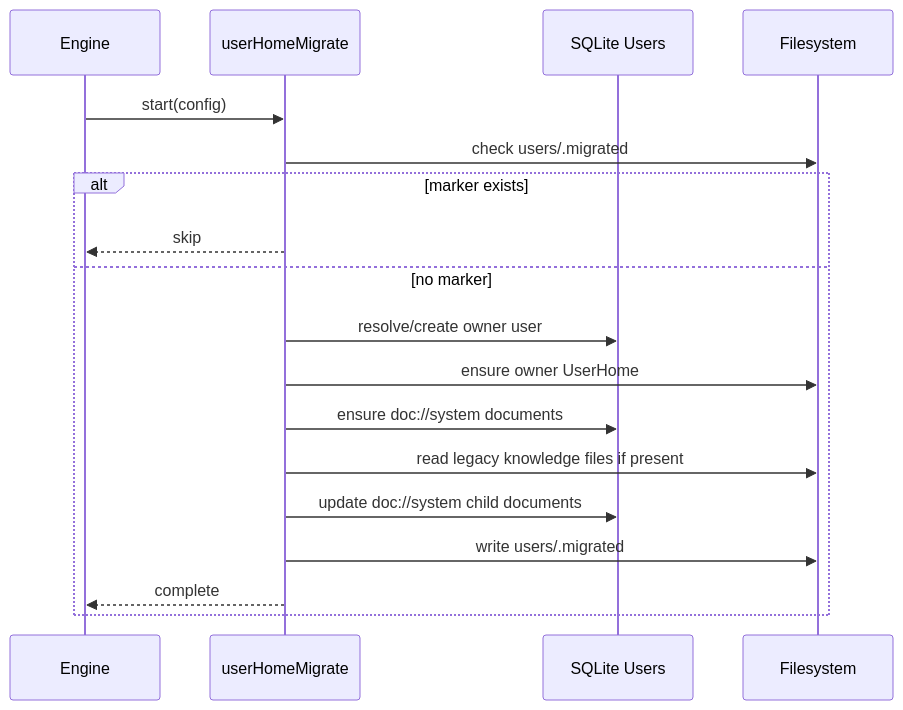
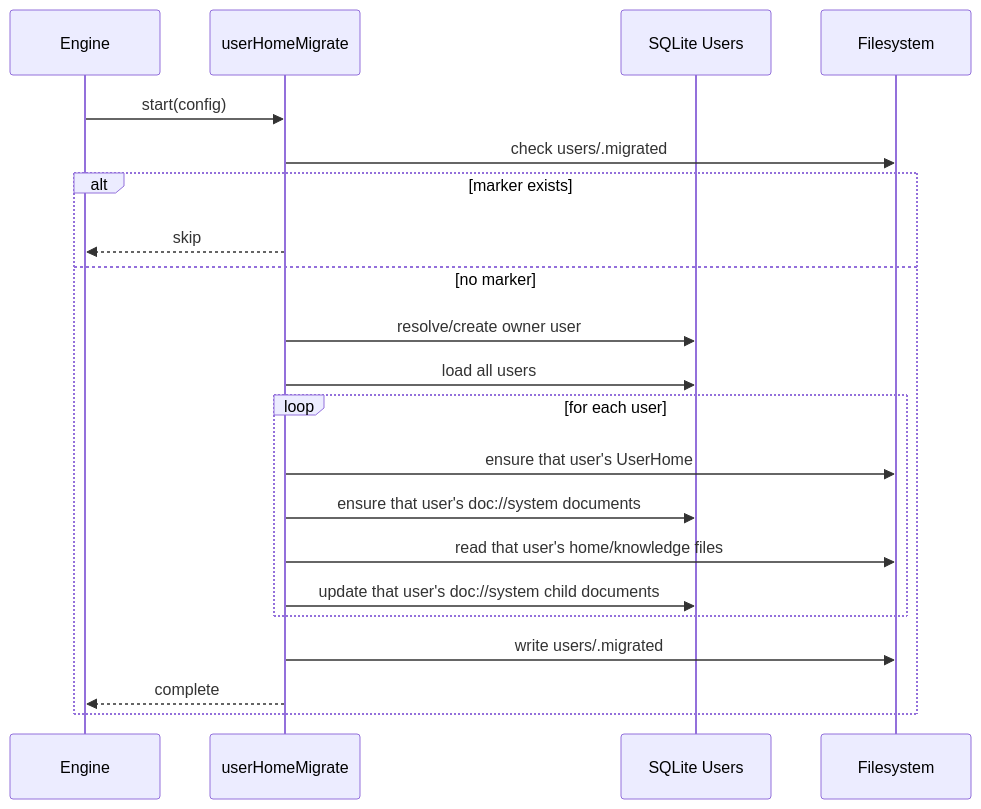
One commit to ex3ndr/daycare changed the second of 2 diagrams in packages/daycare/sources/engine/users/README.md. Above: the diagram before and after it, drawn with Mermaid. The commit also changed other lines of this file and 3 other files, not shown here.

Commit message:
fix(daycare): migrate prompt docs per user

````diff
--- a/packages/daycare/sources/engine/users/README.md
+++ b/packages/daycare/sources/engine/users/README.md
@@ -60,21 +60,24 @@
 ```mermaid
 sequenceDiagram
     participant Engine
     participant Migrate as userHomeMigrate
     participant DB as SQLite Users
     participant FS as Filesystem
 
     Engine->>Migrate: start(config)
     Migrate->>FS: check users/.migrated
     alt marker exists
         Migrate-->>Engine: skip
     else no marker
         Migrate->>DB: resolve/create owner user
-        Migrate->>FS: ensure owner UserHome
-        Migrate->>DB: ensure doc://system documents
-        Migrate->>FS: read legacy knowledge files if present
-        Migrate->>DB: update doc://system child documents
+        Migrate->>DB: load all users
+        loop for each user
+            Migrate->>FS: ensure that user's UserHome
+            Migrate->>DB: ensure that user's doc://system documents
+            Migrate->>FS: read that user's home/knowledge files
+            Migrate->>DB: update that user's doc://system child documents
+        end
         Migrate->>FS: write users/.migrated
         Migrate-->>Engine: complete
     end
 ```
````
